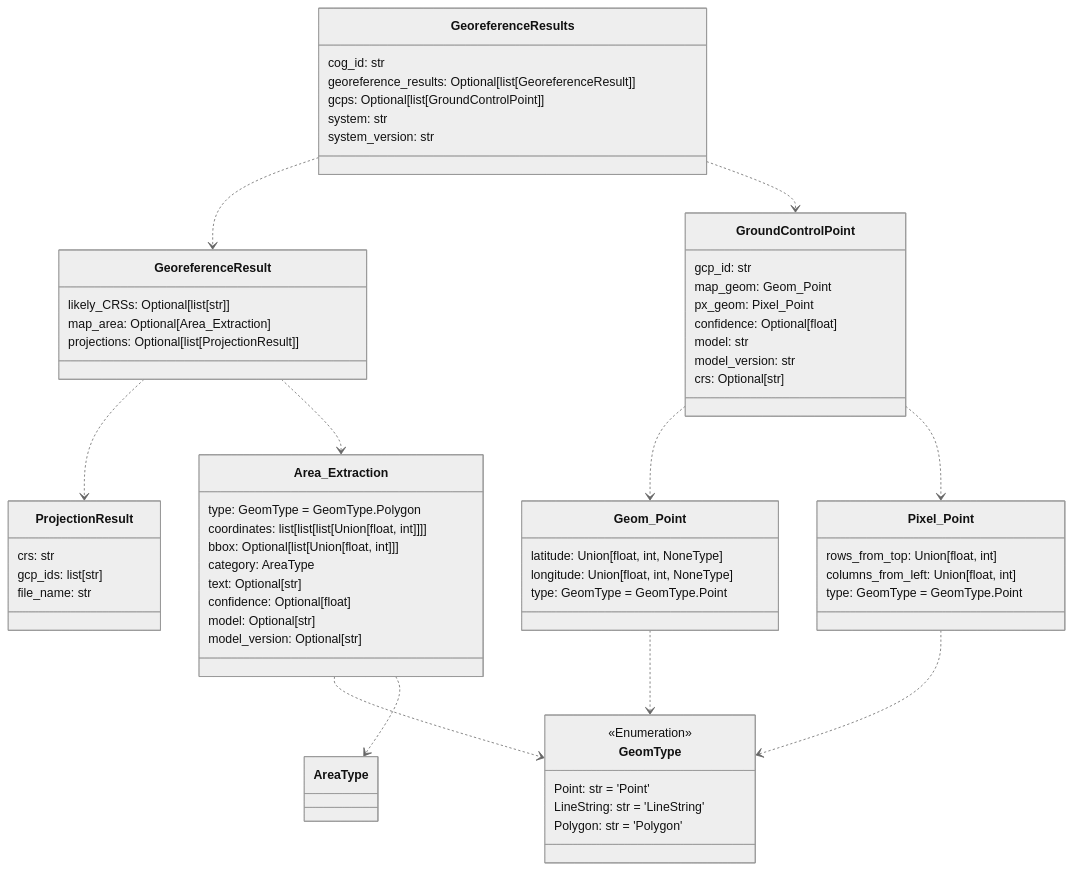
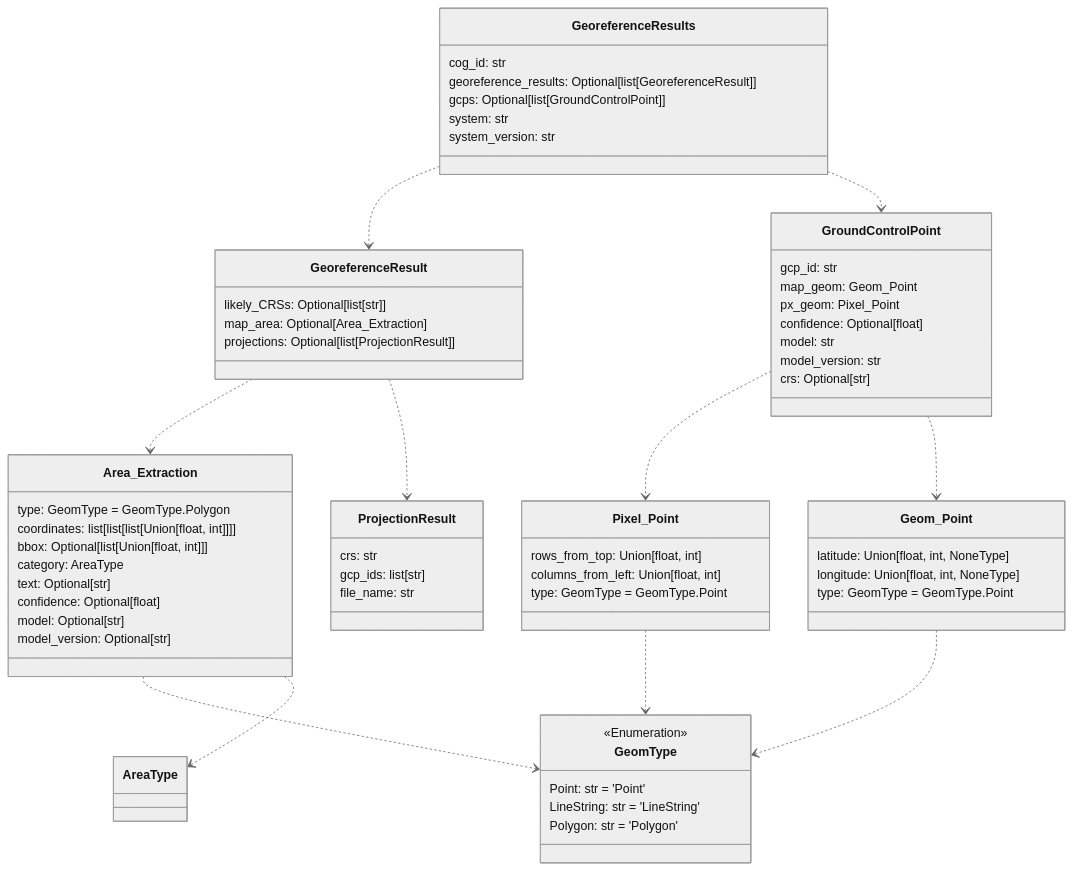
Before and after one commit to DARPA-CRITICALMAAS/cdr_schemas: the first of 11 diagrams in README.md, drawn with Mermaid (neutral theme). The commit also changed other lines of this file and 1 other file, not shown here.

````diff
--- a/README.md
+++ b/README.md
@@ -50,76 +50,76 @@
 ```mermaid
 classDiagram
+
+    class ProjectionResult {
+        crs: str
+        gcp_ids: list[str]
+        file_name: str
+    }
+
+    class Pixel_Point {
+        rows_from_top: Union[float, int]
+        columns_from_left: Union[float, int]
+        type: GeomType = GeomType.Point
+    }
+
+    class GeoreferenceResults {
+        cog_id: str
+        georeference_results: Optional[list[GeoreferenceResult]]
+        gcps: Optional[list[GroundControlPoint]]
+        system: str
+        system_version: str
+    }
 
     class GeoreferenceResult {
         likely_CRSs: Optional[list[str]]
         map_area: Optional[Area_Extraction]
         projections: Optional[list[ProjectionResult]]
+    }
+
+    class Geom_Point {
+        latitude: Union[float, int, NoneType]
+        longitude: Union[float, int, NoneType]
+        type: GeomType = GeomType.Point
     }
 
     class GroundControlPoint {
         gcp_id: str
         map_geom: Geom_Point
         px_geom: Pixel_Point
         confidence: Optional[float]
         model: str
         model_version: str
         crs: Optional[str]
     }
 
-    class ProjectionResult {
-        crs: str
-        gcp_ids: list[str]
-        file_name: str
+    class GeomType {
+        <<Enumeration>>
+        Point: str = 'Point'
+        LineString: str = 'LineString'
+        Polygon: str = 'Polygon'
     }
 
     class Area_Extraction {
         type: GeomType = GeomType.Polygon
         coordinates: list[list[list[Union[float, int]]]]
         bbox: Optional[list[Union[float, int]]]
         category: AreaType
         text: Optional[str]
         confidence: Optional[float]
         model: Optional[str]
         model_version: Optional[str]
     }
 
-    class Pixel_Point {
-        rows_from_top: Union[float, int]
-        columns_from_left: Union[float, int]
-        type: GeomType = GeomType.Point
-    }
-
-    class GeomType {
-        <<Enumeration>>
-        Point: str = 'Point'
-        LineString: str = 'LineString'
-        Polygon: str = 'Polygon'
-    }
-
-    class Geom_Point {
-        latitude: Union[float, int, NoneType]
-        longitude: Union[float, int, NoneType]
-        type: GeomType = GeomType.Point
-    }
-
-    class GeoreferenceResults {
-        cog_id: str
-        georeference_results: Optional[list[GeoreferenceResult]]
-        gcps: Optional[list[GroundControlPoint]]
-        system: str
-        system_version: str
-    }
-
     Area_Extraction ..> GeomType
     Area_Extraction ..> AreaType
     Geom_Point ..> GeomType
     Pixel_Point ..> GeomType
+    GroundControlPoint ..> Pixel_Point
     GroundControlPoint ..> Geom_Point
-    GroundControlPoint ..> Pixel_Point
+    GeoreferenceResult ..> Area_Extraction
     GeoreferenceResult ..> ProjectionResult
-    GeoreferenceResult ..> Area_Extraction
     GeoreferenceResults ..> GeoreferenceResult
     GeoreferenceResults ..> GroundControlPoint
 
 
 ```
````
